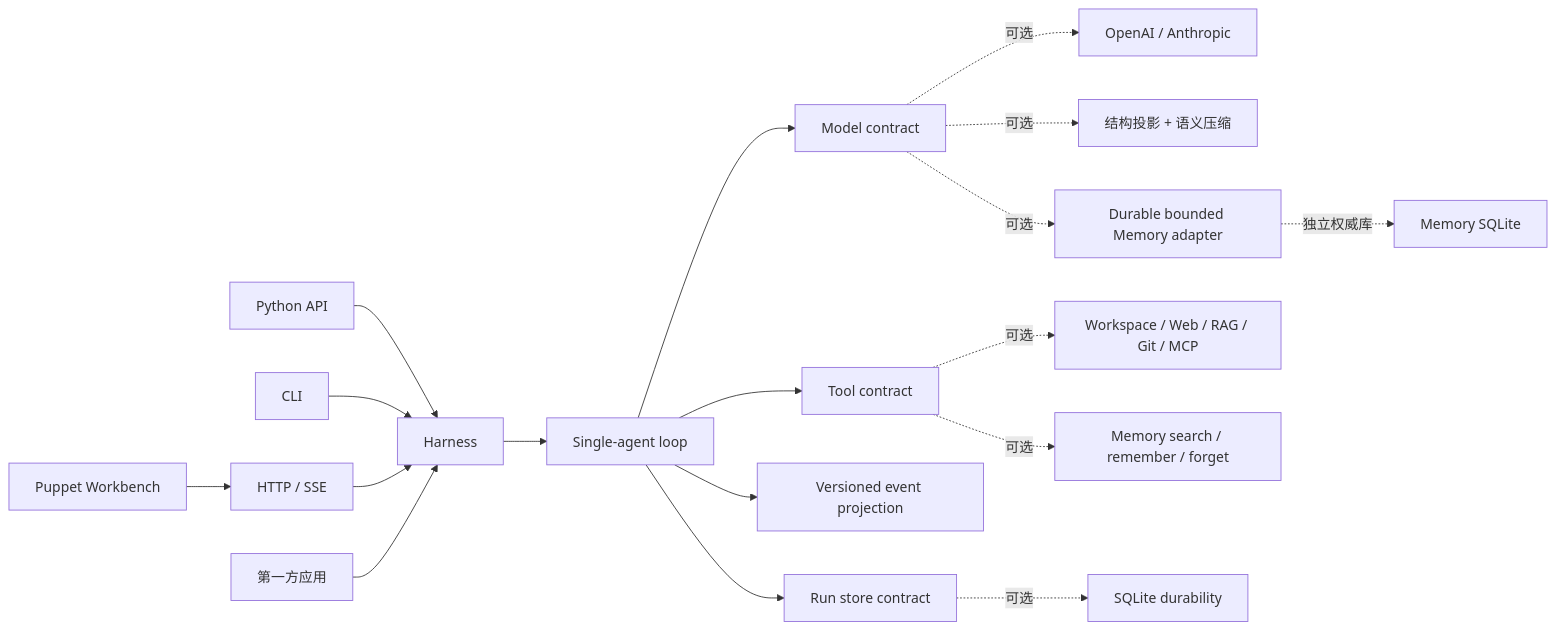
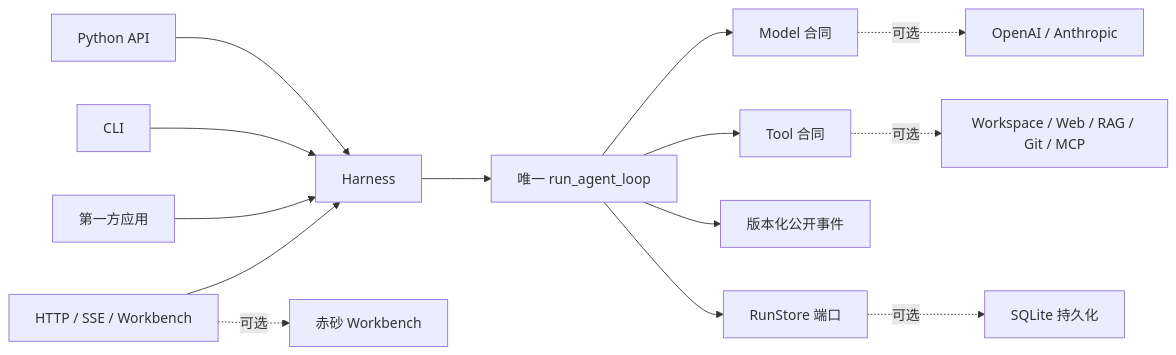
The diagram in README_zh.md (syusama/sasori), drawn with Mermaid before and after one commit. The commit also changed other lines of this file and 27 other files, not shown here.

````diff
--- a/README_zh.md
+++ b/README_zh.md
@@ -118,22 +156,16 @@
 ```mermaid
 flowchart LR
-    P["Python API"] --> H["Harness"]
-    C["CLI"] --> H
-    S["HTTP / SSE"] --> H
-    W["Puppet Workbench"] --> S
-    A["第一方应用"] --> H
-
-    H --> L["Single-agent loop"]
-    L --> M["Model contract"]
-    L --> T["Tool contract"]
-    L --> E["Versioned event projection"]
-    L --> R["Run store contract"]
-
-    M -. 可选 .-> P1["OpenAI / Anthropic"]
-    M -. 可选 .-> CX["结构投影 + 语义压缩"]
-    M -. 可选 .-> MM["Durable bounded Memory adapter"]
-    T -. 可选 .-> X["Workspace / Web / RAG / Git / MCP"]
-    T -. 可选 .-> MT["Memory search / remember / forget"]
-    R -. 可选 .-> SQ["SQLite durability"]
-    MM -. 独立权威库 .-> MSQ["Memory SQLite"]
+    PY["Python API"] --> H["Harness"]
+    CLI["CLI"] --> H
+    APP["第一方应用"] --> H
+    WEB["HTTP / SSE / Workbench"] --> H
+    H --> LOOP["唯一 run_agent_loop"]
+    LOOP --> MODEL["Model 合同"]
+    LOOP --> TOOL["Tool 合同"]
+    LOOP --> EVENT["版本化公开事件"]
+    LOOP --> STORE["RunStore 端口"]
+    MODEL -. 可选 .-> PROVIDERS["OpenAI / Anthropic"]
+    TOOL -. 可选 .-> PLUGINS["Workspace / Web / RAG / Git / MCP"]
+    STORE -. 可选 .-> SQLITE["SQLite 持久化"]
+    WEB -. 可选 .-> PRODUCT["赤砂 Workbench"]
 ```
````
